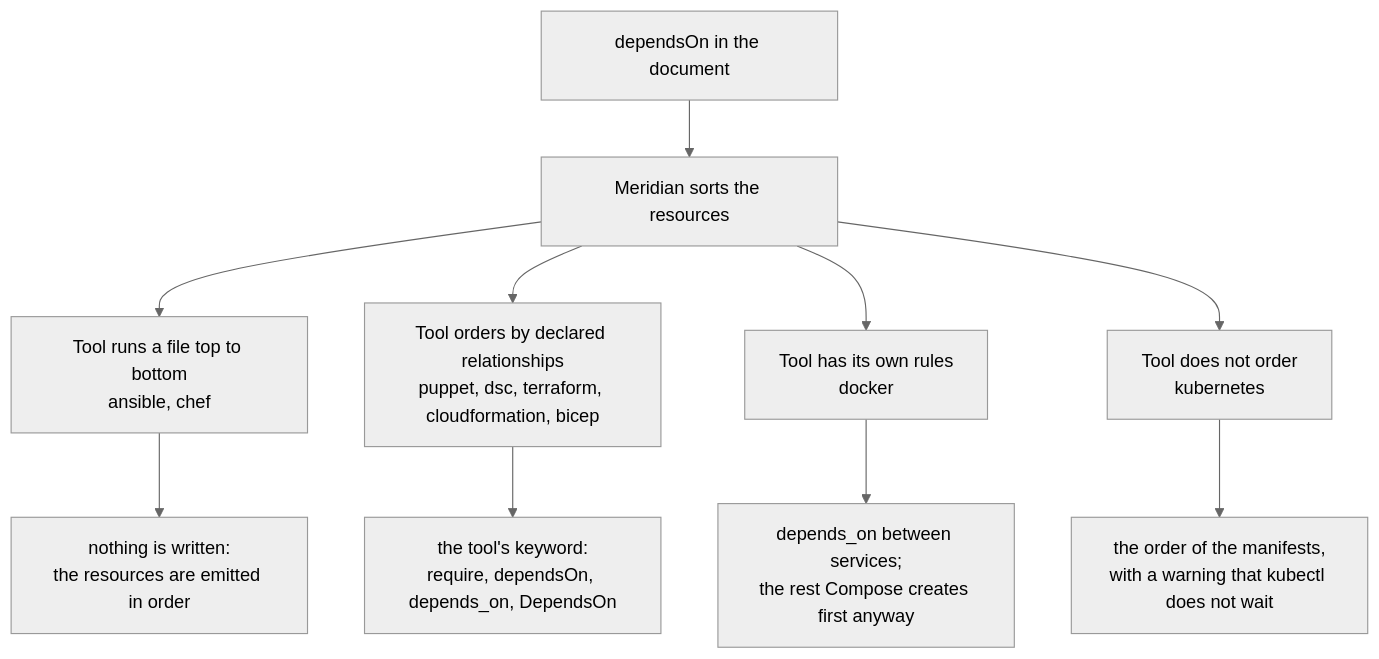
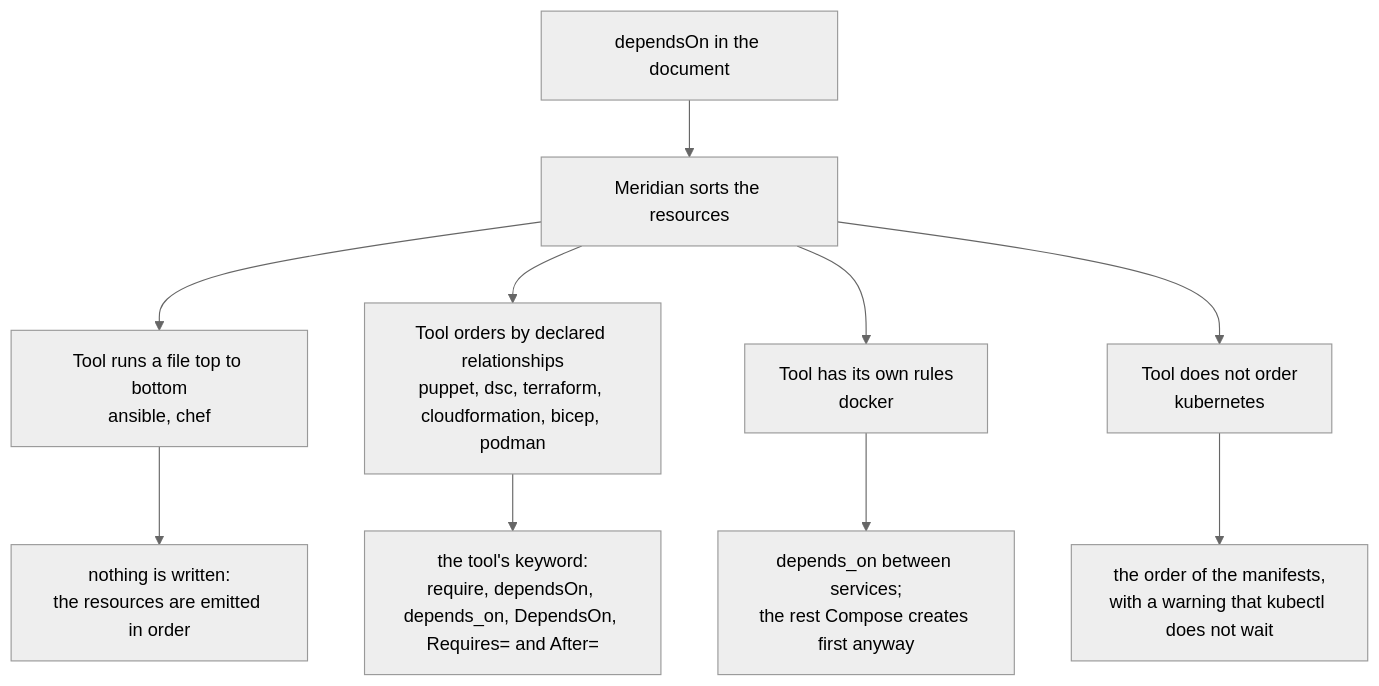
Before and after one commit to Gorkem-Taha/meridian-core: the third of 3 diagrams in docs/reference/dsl/dependson.md, drawn with Mermaid (neutral theme). The commit also changed other lines of this file and 18 other files, not shown here.

````diff
--- a/docs/reference/dsl/dependson.md
+++ b/docs/reference/dsl/dependson.md
@@ -111,12 +111,12 @@
 ```mermaid
 flowchart TD
     D["dependsOn in the document"] --> S["Meridian sorts the resources"]
     S --> F["Tool runs a file top to bottom<br/>ansible, chef"]
-    S --> R["Tool orders by declared relationships<br/>puppet, dsc, terraform, cloudformation, bicep"]
+    S --> R["Tool orders by declared relationships<br/>puppet, dsc, terraform, cloudformation, bicep, podman"]
     S --> O["Tool has its own rules<br/>docker"]
     S --> N["Tool does not order<br/>kubernetes"]
     F --> F2["nothing is written:<br/>the resources are emitted in order"]
-    R --> R2["the tool's keyword:<br/>require, dependsOn, depends_on, DependsOn"]
+    R --> R2["the tool's keyword:<br/>require, dependsOn, depends_on, DependsOn, Requires= and After="]
     O --> O2["depends_on between services;<br/>the rest Compose creates first anyway"]
     N --> N2["the order of the manifests,<br/>with a warning that kubectl does not wait"]
 ```
````
